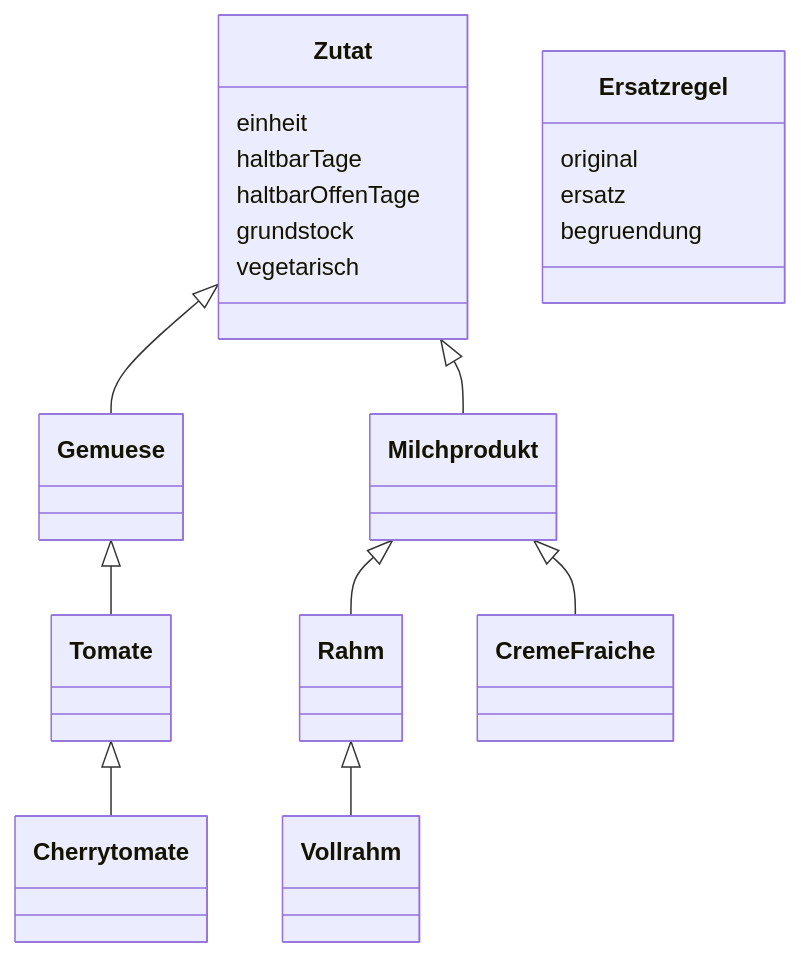
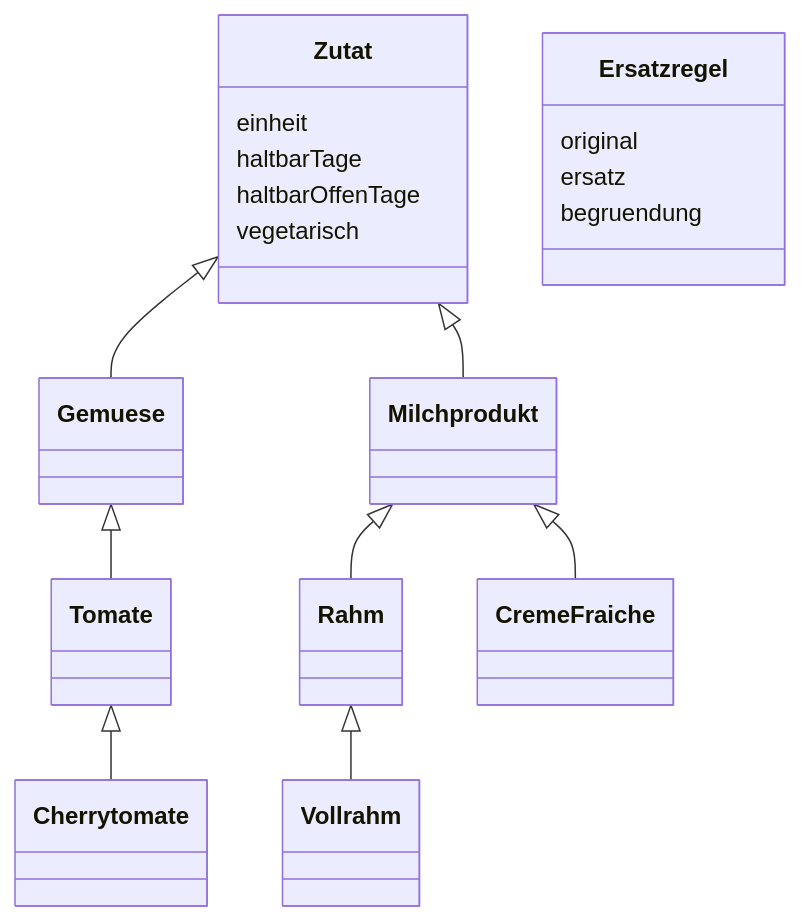
Before and after one commit to FHNWjanwolf/Cooler-AI: the first of 2 diagrams in docs/datenmodell.md, drawn with Mermaid. The commit also changed other lines of this file and 30 other files, not shown here.

````diff
--- a/docs/datenmodell.md
+++ b/docs/datenmodell.md
@@ -15,22 +16,21 @@
 ```mermaid
 classDiagram
     Zutat <|-- Gemuese
     Gemuese <|-- Tomate
     Tomate <|-- Cherrytomate
     Zutat <|-- Milchprodukt
     Milchprodukt <|-- Rahm
     Rahm <|-- Vollrahm
     Milchprodukt <|-- CremeFraiche
     class Zutat {
         einheit
         haltbarTage
         haltbarOffenTage
-        grundstock
         vegetarisch
     }
     class Ersatzregel {
         original
         ersatz
         begruendung
     }
 ```
````
